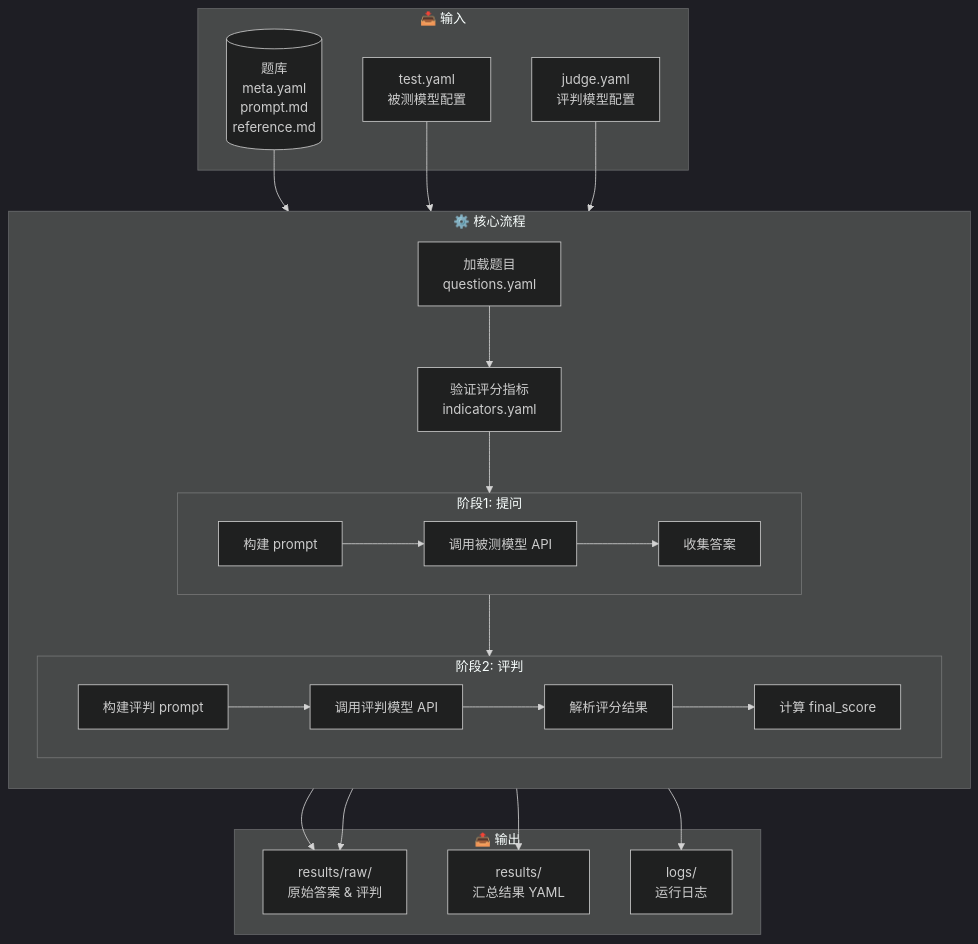
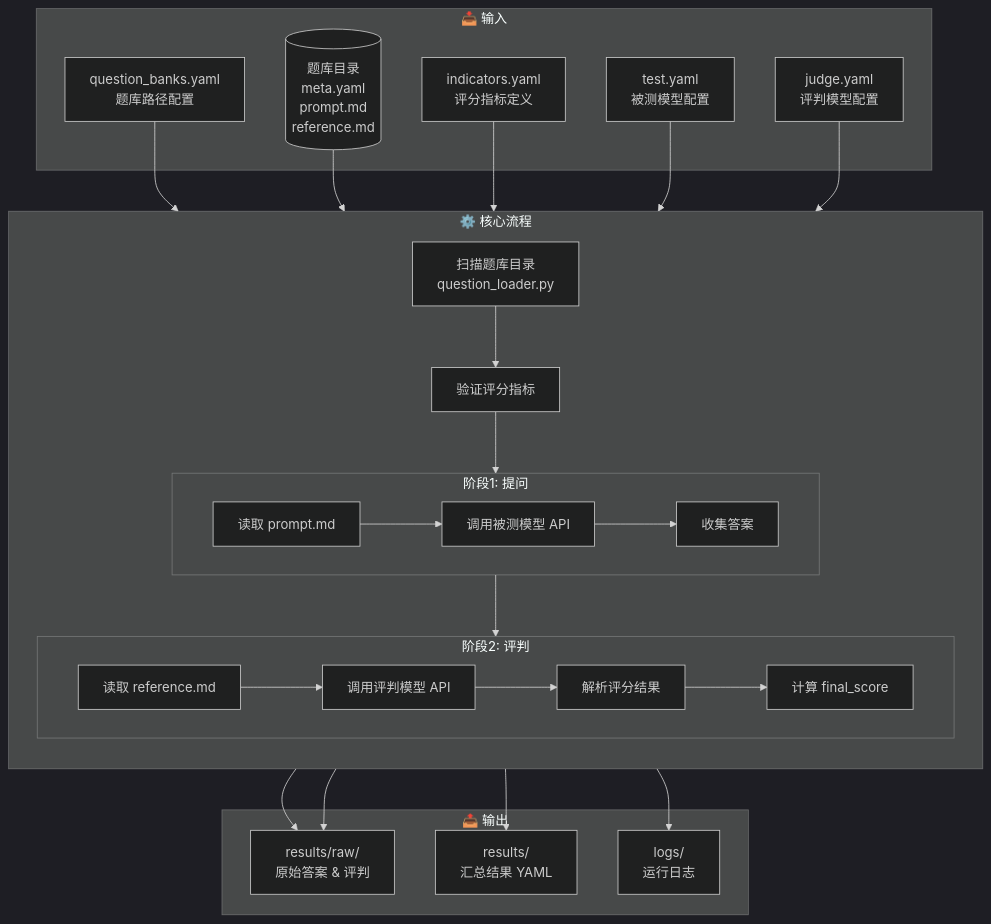
The first of 2 diagrams in code-fish/README.md (T-Auto/CAC-final-test), drawn with Mermaid (dark theme) before and after one commit. The commit also changed other lines of this file and 5 other files, not shown here.

````diff
--- a/code-fish/README.md
+++ b/code-fish/README.md
@@ -9,46 +9,50 @@
 ```mermaid
 flowchart TB
     subgraph Input["📥 输入"]
-        QB[("题库<br/>meta.yaml<br/>prompt.md<br/>reference.md")]
+        QB[("题库目录<br/>meta.yaml<br/>prompt.md<br/>reference.md")]
+        QBC["question_banks.yaml<br/>题库路径配置"]
+        IND["indicators.yaml<br/>评分指标定义"]
         TC["test.yaml<br/>被测模型配置"]
         JC["judge.yaml<br/>评判模型配置"]
     end
 
     subgraph Core["⚙️ 核心流程"]
         direction TB
-        LOAD["加载题目<br/>questions.yaml"]
-        VAL["验证评分指标<br/>indicators.yaml"]
+        SCAN["扫描题库目录<br/>question_loader.py"]
+        VAL["验证评分指标"]
         
         subgraph ASK["阶段1: 提问"]
-            A1["构建 prompt"]
+            A1["读取 prompt.md"]
             A2["调用被测模型 API"]
             A3["收集答案"]
         end
         
         subgraph JUDGE["阶段2: 评判"]
-            J1["构建评判 prompt"]
+            J1["读取 reference.md"]
             J2["调用评判模型 API"]
             J3["解析评分结果"]
             J4["计算 final_score"]
         end
     end
 
     subgraph Output["📤 输出"]
         RAW["results/raw/<br/>原始答案 & 评判"]
         FINAL["results/<br/>汇总结果 YAML"]
         LOG["logs/<br/>运行日志"]
     end
 
-    QB --> LOAD
+    QBC --> SCAN
+    QB --> SCAN
+    IND --> VAL
     TC --> ASK
     JC --> JUDGE
-    LOAD --> VAL
+    SCAN --> VAL
     VAL --> ASK
     ASK --> JUDGE
     A1 --> A2 --> A3
     J1 --> J2 --> J3 --> J4
     ASK --> RAW
     JUDGE --> RAW
     JUDGE --> FINAL
     Core --> LOG
 ```
````
